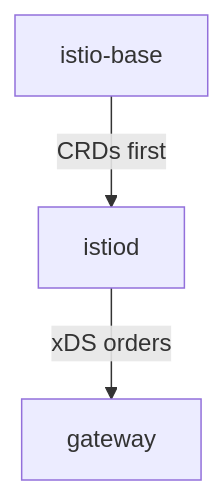
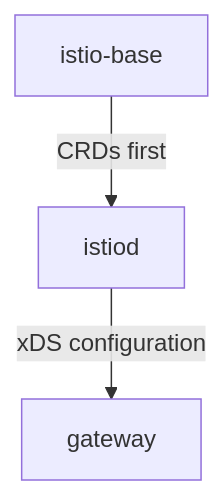
The diagram in sections/section-010/module-02/course-01-chart-model-and-ordering.md (astrona-io/ATS013), drawn with Mermaid before and after one commit. The commit also changed other lines of this file and 19 other files, not shown here.

````diff
--- a/sections/section-010/module-02/course-01-chart-model-and-ordering.md
+++ b/sections/section-010/module-02/course-01-chart-model-and-ordering.md
@@ -79,5 +73,5 @@
 ```mermaid
 flowchart TB
     B["istio-base"] -->|"CRDs first"| I["istiod"]
-    I -->|"xDS orders"| G["gateway"]
+    I -->|"xDS configuration"| G["gateway"]
 ```
````
